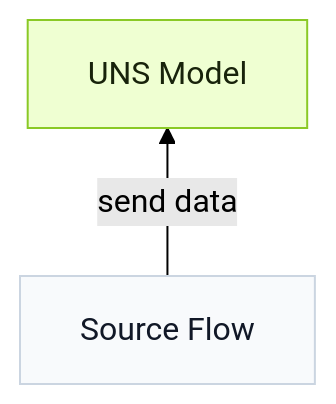
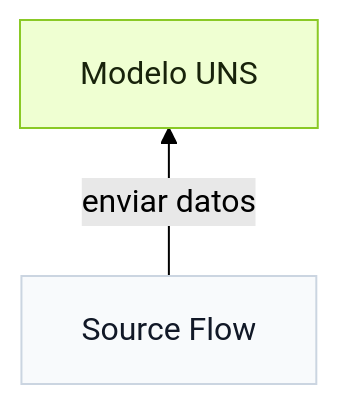
The diagram in src/content/docs/es/using-tier0/connect-data.mdx (FREEZONEX/Tier0-docs-site), drawn with Mermaid (forest theme) before and after one commit. The commit also changed 12 other files, not shown here.

Commit message:
Localize non-English diagram and analytics text

````diff
--- a/src/content/docs/es/using-tier0/connect-data.mdx
+++ b/src/content/docs/es/using-tier0/connect-data.mdx
@@ -12,12 +12,12 @@
 ```mermaid
 flowchart BT
-  uns["UNS Model"]
+  uns["Modelo UNS"]
   flow["Source Flow"]
 
-  flow -->|"send data"| uns
+  flow -->|"enviar datos"| uns
 
   classDef t0accent fill:#EFFFD2,stroke:#8AC926,stroke-width:1px,color:#18230B
   classDef t0node fill:#F8FAFC,stroke:#CBD5E1,stroke-width:1px,color:#111827
   class uns t0accent
   class flow t0node
 ```
````
